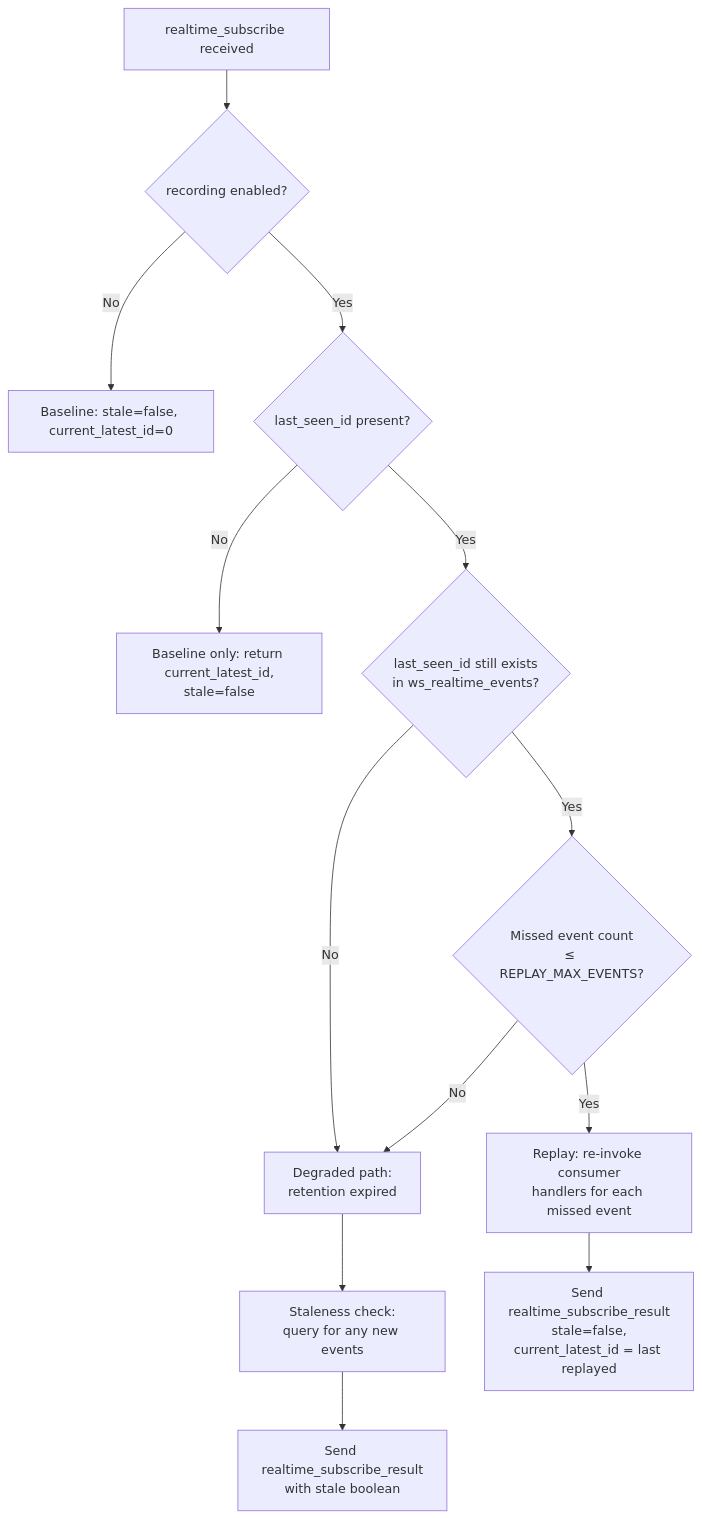
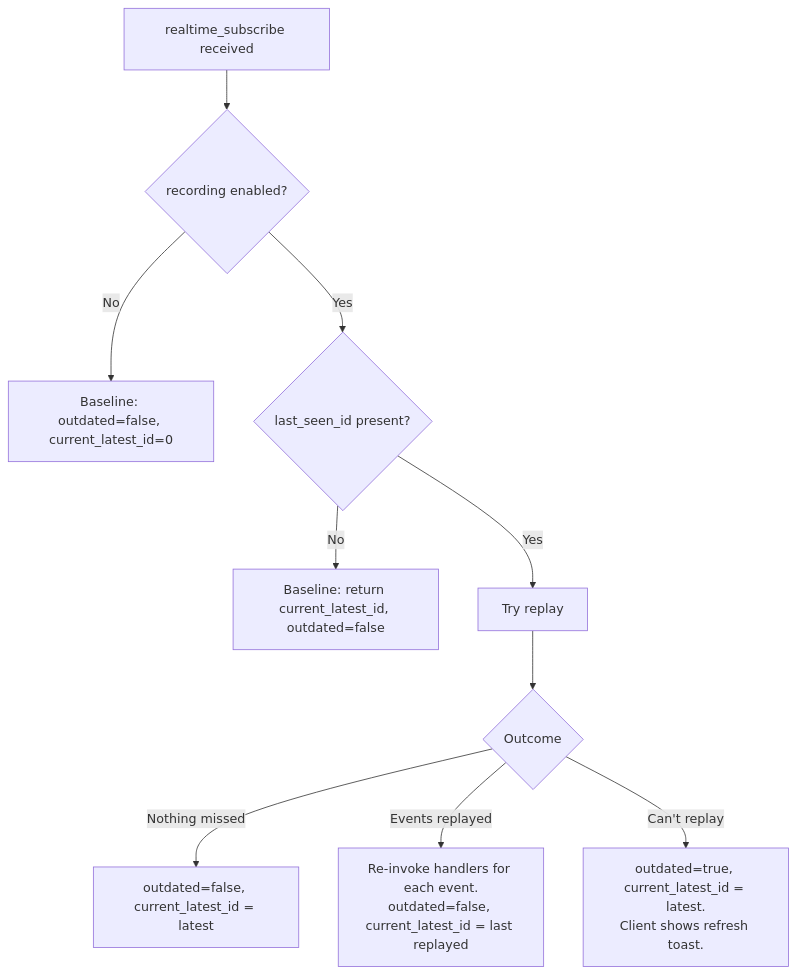
The fourth of 4 diagrams in docs/technical/realtime-reliability.md (baserow/baserow), drawn with Mermaid before and after one commit. The commit also changed other lines of this file and 23 other files, not shown here.

````diff
--- a/docs/technical/realtime-reliability.md
+++ b/docs/technical/realtime-reliability.md
@@ -148,15 +148,12 @@
 ```mermaid
 flowchart TD
     A[realtime_subscribe received] --> K{recording enabled?}
-    K -- No --> L[Baseline: stale=false, current_latest_id=0]
+    K -- No --> L[Baseline: outdated=false, current_latest_id=0]
     K -- Yes --> B{last_seen_id present?}
-    B -- No --> C[Baseline only: return current_latest_id,<br/>stale=false]
-    B -- Yes --> D{last_seen_id still exists<br/>in ws_realtime_events?}
-    D -- No --> F[Degraded path:<br/>retention expired]
-    D -- Yes --> E{Missed event count<br/>≤ REPLAY_MAX_EVENTS?}
-    E -- Yes --> G[Replay: re-invoke consumer<br/>handlers for each missed event]
-    E -- No --> F
-    F --> H[Staleness check:<br/>query for any new events]
-    H --> I[Send realtime_subscribe_result<br/>with stale boolean]
-    G --> J[Send realtime_subscribe_result<br/>stale=false,<br/>current_latest_id = last replayed]
+    B -- No --> C[Baseline: return current_latest_id, outdated=false]
+    B -- Yes --> D[Try replay]
+    D --> E{Outcome}
+    E -- Nothing missed --> G[outdated=false, current_latest_id = latest]
+    E -- Events replayed --> H[Re-invoke handlers for each event.<br/>outdated=false, current_latest_id = last replayed]
+    E -- Can't replay --> F[outdated=true, current_latest_id = latest.<br/>Client shows refresh toast.]
 ```
````
